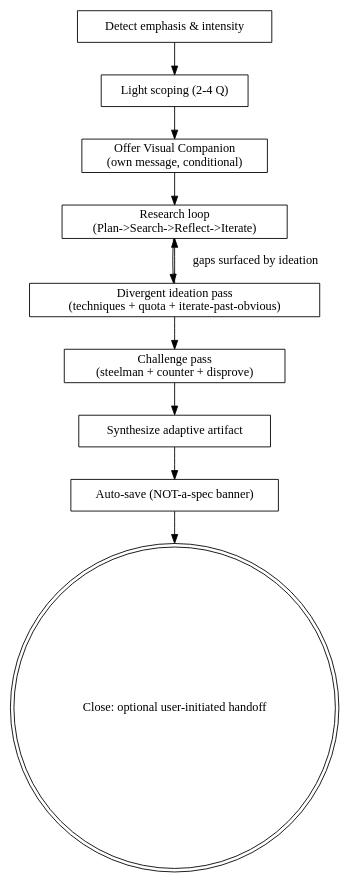
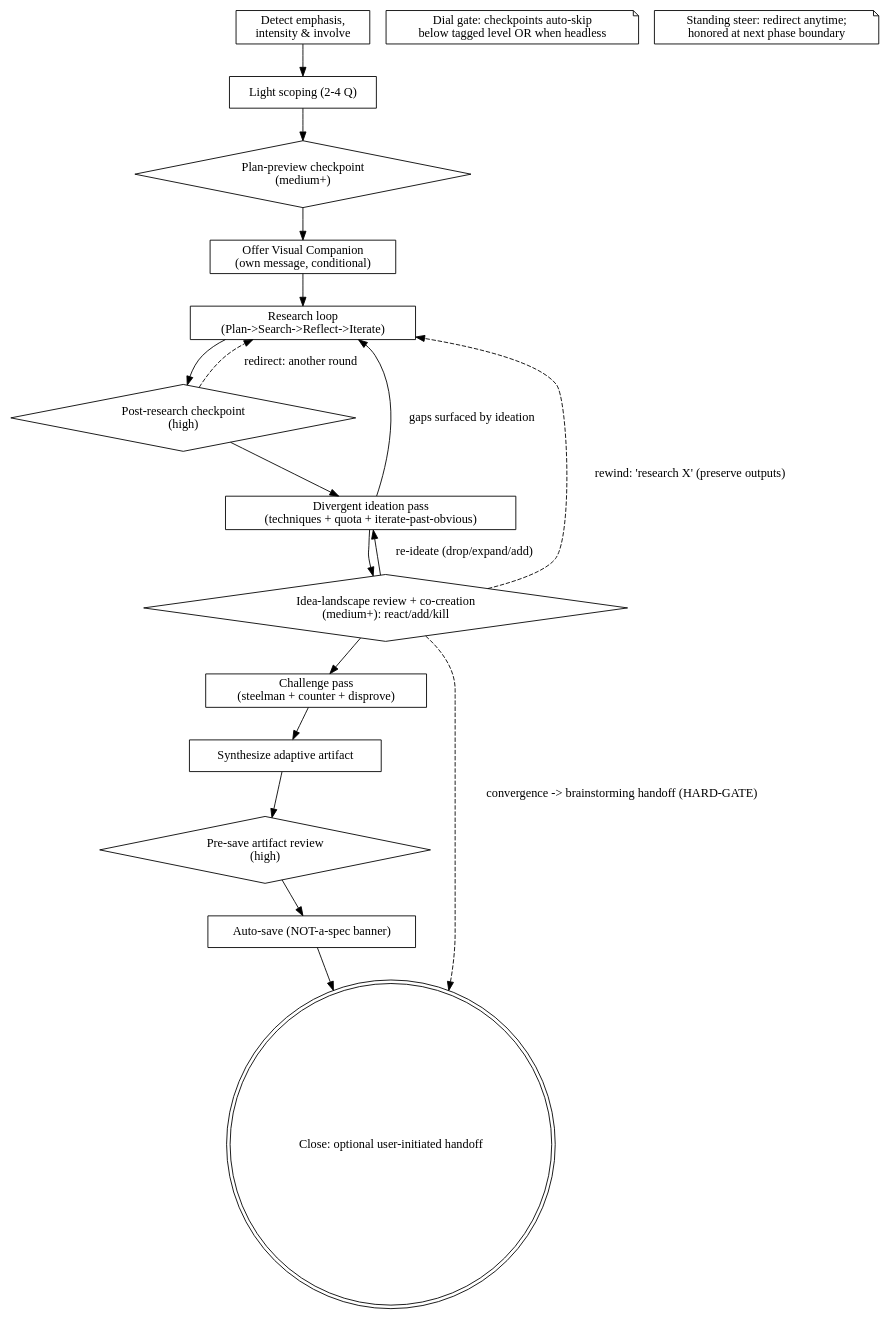
The diagram in skills/exploring-ideas/SKILL.md (zpyoung/quirk), drawn with Graphviz before and after one commit. The commit also changed other lines of this file and 9 other files, not shown here.

````diff
--- a/skills/exploring-ideas/SKILL.md
+++ b/skills/exploring-ideas/SKILL.md
@@ -46,23 +51,44 @@
 ```dot
 digraph exploring {
-  "Detect emphasis & intensity" [shape=box];
+  // Boxes = phases; diamonds = checkpoints. A checkpoint auto-skips below its
+  // tagged involve level, and whenever the run is headless (the dial gate).
+  "Detect emphasis,\nintensity & involve" [shape=box];
   "Light scoping (2-4 Q)" [shape=box];
+  "Plan-preview checkpoint\n(medium+)" [shape=diamond];
   "Offer Visual Companion\n(own message, conditional)" [shape=box];
   "Research loop\n(Plan->Search->Reflect->Iterate)" [shape=box];
+  "Post-research checkpoint\n(high)" [shape=diamond];
   "Divergent ideation pass\n(techniques + quota + iterate-past-obvious)" [shape=box];
+  "Idea-landscape review + co-creation\n(medium+): react/add/kill" [shape=diamond];
   "Challenge pass\n(steelman + counter + disprove)" [shape=box];
   "Synthesize adaptive artifact" [shape=box];
+  "Pre-save artifact review\n(high)" [shape=diamond];
   "Auto-save (NOT-a-spec banner)" [shape=box];
   "Close: optional user-initiated handoff" [shape=doublecircle];
 
-  "Detect emphasis & intensity" -> "Light scoping (2-4 Q)";
-  "Light scoping (2-4 Q)" -> "Offer Visual Companion\n(own message, conditional)";
+  "Dial gate: checkpoints auto-skip\nbelow tagged level OR when headless" [shape=note];
+  "Standing steer: redirect anytime;\nhonored at next phase boundary" [shape=note];
+
+  "Detect emphasis,\nintensity & involve" -> "Light scoping (2-4 Q)";
+  "Light scoping (2-4 Q)" -> "Plan-preview checkpoint\n(medium+)";
+  "Plan-preview checkpoint\n(medium+)" -> "Offer Visual Companion\n(own message, conditional)";
   "Offer Visual Companion\n(own message, conditional)" -> "Research loop\n(Plan->Search->Reflect->Iterate)";
-  "Research loop\n(Plan->Search->Reflect->Iterate)" -> "Divergent ideation pass\n(techniques + quota + iterate-past-obvious)";
+  "Research loop\n(Plan->Search->Reflect->Iterate)" -> "Post-research checkpoint\n(high)";
+  "Post-research checkpoint\n(high)" -> "Divergent ideation pass\n(techniques + quota + iterate-past-obvious)";
+  "Divergent ideation pass\n(techniques + quota + iterate-past-obvious)" -> "Idea-landscape review + co-creation\n(medium+): react/add/kill";
+  "Idea-landscape review + co-creation\n(medium+): react/add/kill" -> "Challenge pass\n(steelman + counter + disprove)";
+  "Challenge pass\n(steelman + counter + disprove)" -> "Synthesize adaptive artifact";
+  "Synthesize adaptive artifact" -> "Pre-save artifact review\n(high)";
+  "Pre-save artifact review\n(high)" -> "Auto-save (NOT-a-spec banner)";
+  "Auto-save (NOT-a-spec banner)" -> "Close: optional user-initiated handoff";
+
+  // Loops, re-ideation, and rewind — all preserve prior outputs:
   "Divergent ideation pass\n(techniques + quota + iterate-past-obvious)" -> "Research loop\n(Plan->Search->Reflect->Iterate)" [label="gaps surfaced by ideation"];
-  "Divergent ideation pass\n(techniques + quota + iterate-past-obvious)" -> "Challenge pass\n(steelman + counter + disprove)";
-  "Challenge pass\n(steelman + counter + disprove)" -> "Synthesize adaptive artifact";
-  "Synthesize adaptive artifact" -> "Auto-save (NOT-a-spec banner)";
-  "Auto-save (NOT-a-spec banner)" -> "Close: optional user-initiated handoff";
+  "Idea-landscape review + co-creation\n(medium+): react/add/kill" -> "Divergent ideation pass\n(techniques + quota + iterate-past-obvious)" [label="re-ideate (drop/expand/add)"];
+  "Idea-landscape review + co-creation\n(medium+): react/add/kill" -> "Research loop\n(Plan->Search->Reflect->Iterate)" [style=dashed, label="rewind: 'research X' (preserve outputs)"];
+  "Post-research checkpoint\n(high)" -> "Research loop\n(Plan->Search->Reflect->Iterate)" [style=dashed, label="redirect: another round"];
+
+  // Convergence at any checkpoint never makes a spec — it routes to the handoff:
+  "Idea-landscape review + co-creation\n(medium+): react/add/kill" -> "Close: optional user-initiated handoff" [style=dashed, label="convergence -> brainstorming handoff (HARD-GATE)"];
 }
 ```
````
